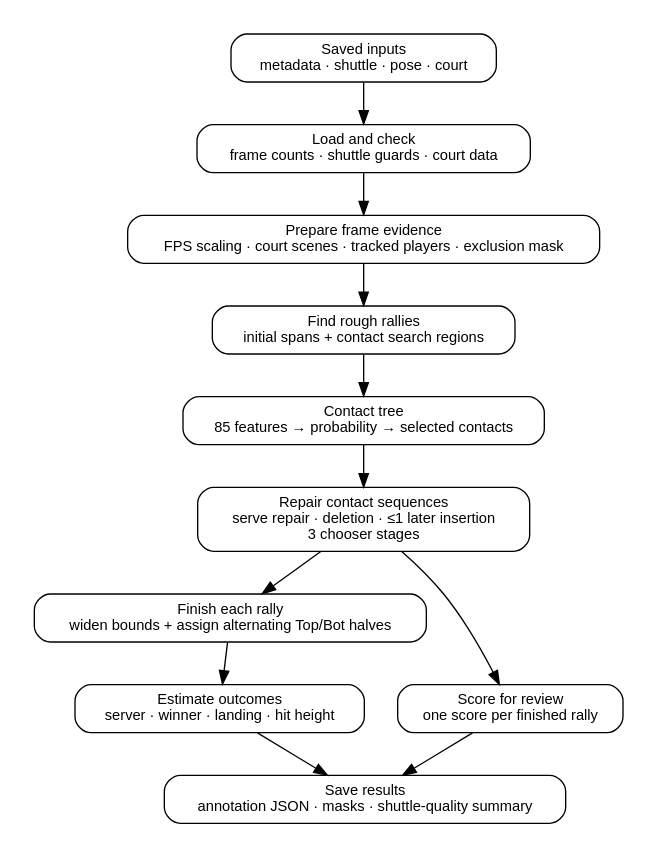
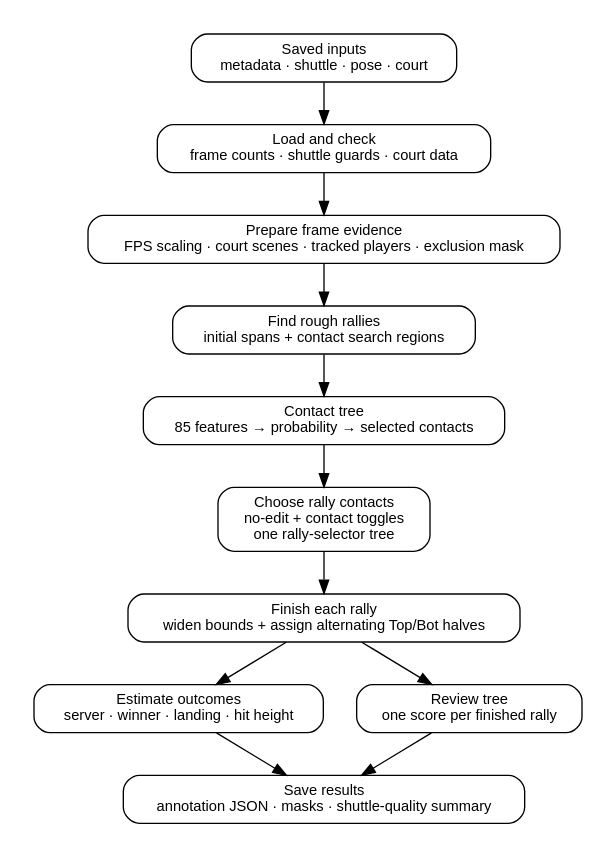
The diagram in docs/annotator/figures/architecture.dot (ahalp90/badminton_cv_annotator), drawn with Graphviz before and after one commit. The commit also changed 74 other files, not shown here.

First line of the commit message:
Simplify contact preparation and rally corrections

```diff
--- a/docs/annotator/figures/architecture.dot
+++ b/docs/annotator/figures/architecture.dot
@@ -1,19 +1,19 @@
 digraph annotator {
   graph [rankdir=TB, pad="0.25", nodesep="0.35", ranksep="0.45", bgcolor="white"];
   node [shape=box, style="rounded", fontname="Helvetica", fontsize=11, margin="0.12,0.08"];
   edge [fontname="Helvetica", fontsize=9];
 
   inputs [label="Saved inputs\nmetadata · shuttle · pose · court"];
   validate [label="Load and check\nframe counts · shuttle guards · court data"];
   prep [label="Prepare frame evidence\nFPS scaling · court scenes · tracked players · exclusion mask"];
   rough [label="Find rough rallies\ninitial spans + contact search regions"];
   contact [label="Contact tree\n85 features → probability → selected contacts"];
-  seq [label="Repair contact sequences\nserve repair · deletion · ≤1 later insertion\n3 chooser stages"];
+  seq [label="Choose rally contacts\nno-edit + contact toggles\none rally-selector tree"];
   finish [label="Finish each rally\nwiden bounds + assign alternating Top/Bot halves"];
   outcomes [label="Estimate outcomes\nserver · winner · landing · hit height"];
-  confidence [label="Score for review\none score per finished rally"];
+  confidence [label="Review tree\none score per finished rally"];
   persist [label="Save results\nannotation JSON · masks · shuttle-quality summary"];
 
   inputs -> validate -> prep -> rough -> contact -> seq -> finish -> outcomes -> persist;
-  seq -> confidence -> persist;
+  finish -> confidence -> persist;
 }
```
